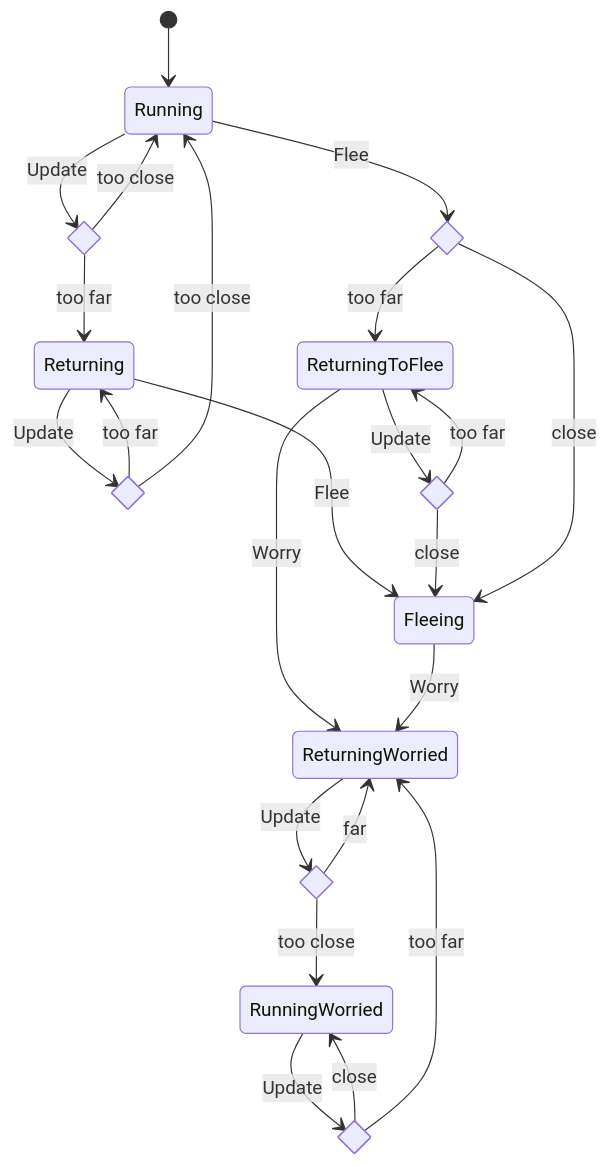
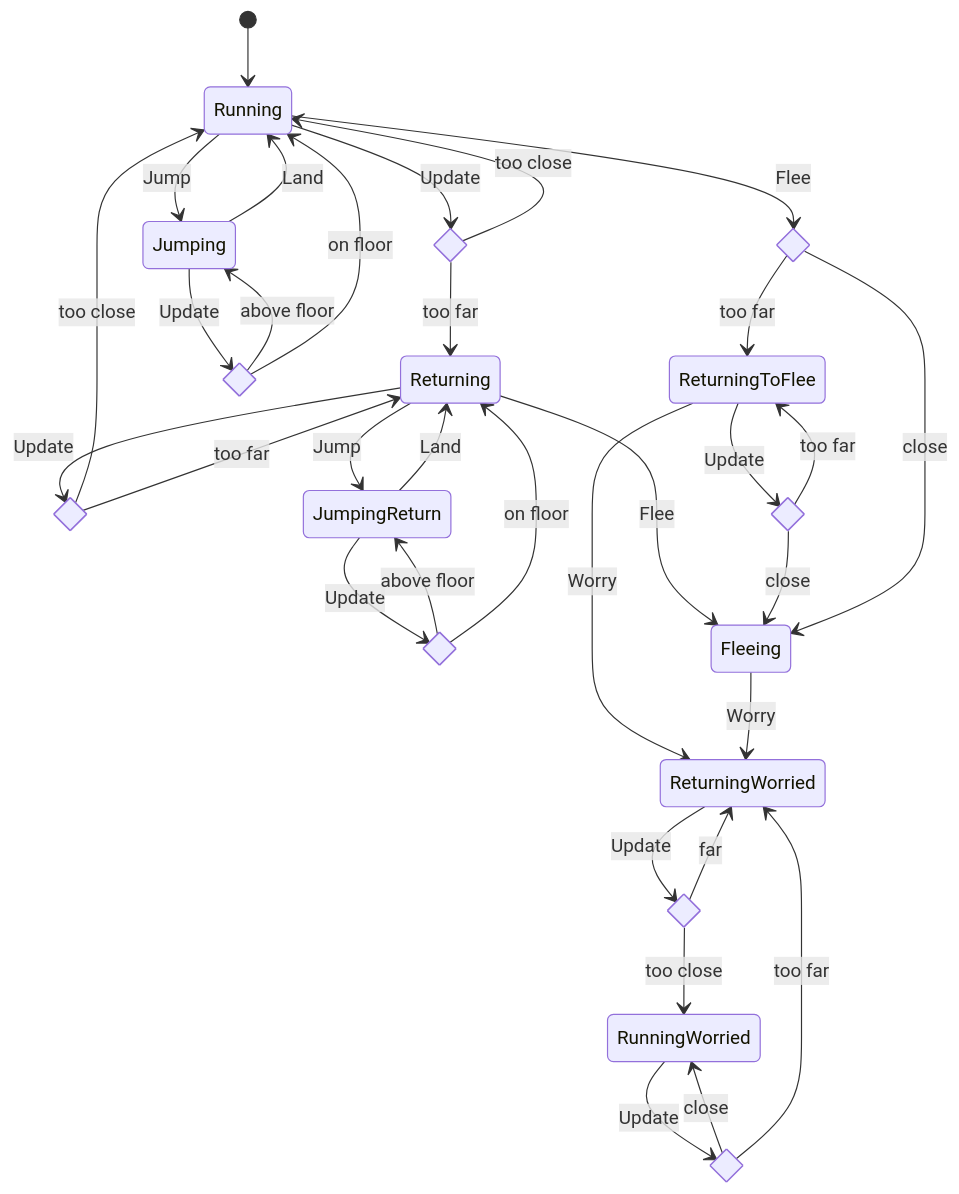
The diagram in src/game/dog/README.md (jorge-gonzalez-lexia/walk-the-dog), drawn with Mermaid before and after one commit. The commit also changed 9 other files, not shown here.

````diff
--- a/src/game/dog/README.md
+++ b/src/game/dog/README.md
@@ -3,32 +3,48 @@
 ```mermaid
 stateDiagram-v2
   [*] --> Running
   state running_update <<choice>>
   Running --> running_update: Update
+  running_update --> Returning: too far
   running_update --> Running: too close
-  running_update --> Returning: too far
+
   state returning_update <<choice>>
   Returning --> returning_update: Update
+  returning_update --> Running: too close
   returning_update --> Returning: too far
-  returning_update --> Running: too close
+
+  Running --> Jumping: Jump
+  state jumping_update <<choice>>
+  Jumping --> jumping_update: Update
+  jumping_update --> Jumping: above floor
+  jumping_update --> Running: on floor
+  Jumping --> Running: Land
+
+  Returning --> JumpingReturn: Jump
+  state jumping_return_update <<choice>>
+  JumpingReturn --> jumping_return_update: Update
+  jumping_return_update --> JumpingReturn: above floor
+  jumping_return_update --> Returning: on floor
+  JumpingReturn --> Returning: Land
+
   state running_flee <<choice>>
   Running --> running_flee: Flee
   running_flee --> ReturningToFlee: too far
   Returning --> Fleeing: Flee
   state returning_to_flee_update <<choice>>
   ReturningToFlee --> returning_to_flee_update: Update
   returning_to_flee_update --> ReturningToFlee: too far
   returning_to_flee_update --> Fleeing: close
   ReturningToFlee --> ReturningWorried: Worry
   running_flee --> Fleeing: close
   Fleeing --> ReturningWorried: Worry
   state returning_worried_update <<choice>>
   ReturningWorried --> returning_worried_update: Update
   returning_worried_update --> ReturningWorried: far
   returning_worried_update --> RunningWorried: too close
   state running_worried_update <<choice>>
   RunningWorried --> running_worried_update: Update
   running_worried_update --> RunningWorried: close
   running_worried_update --> ReturningWorried: too far
 
 ```
````
